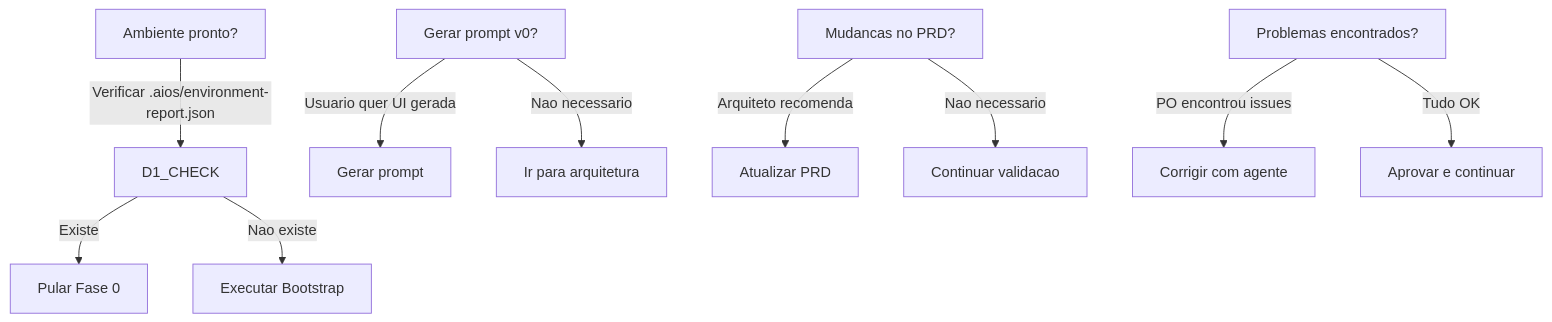
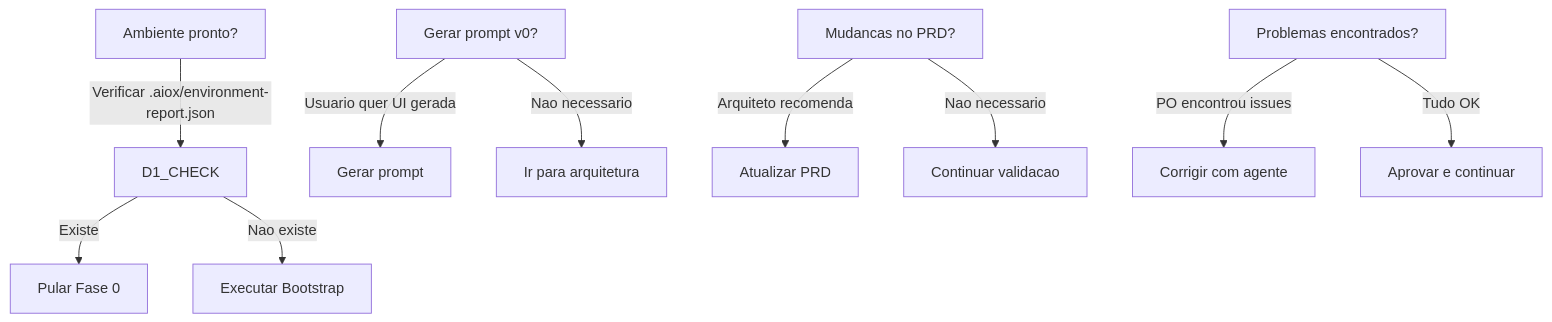
One commit to bychrisr/aios-docs changed the ninth of 9 diagrams in content/en/docs/guides/workflows/GREENFIELD-FULLSTACK-WORKFLOW.mdx. Above: the diagram before and after it, drawn with Mermaid. The commit also changed other lines of this file and 564 other files, not shown here.

````diff
--- a/content/en/docs/guides/workflows/GREENFIELD-FULLSTACK-WORKFLOW.mdx
+++ b/content/en/docs/guides/workflows/GREENFIELD-FULLSTACK-WORKFLOW.mdx
@@ -668,19 +668,19 @@
 ```mermaid
 flowchart TD
     D1[Ambiente pronto?]
-    D1 -->|Verificar .aios/environment-report.json| D1_CHECK
+    D1 -->|Verificar .aiox/environment-report.json| D1_CHECK
     D1_CHECK -->|Existe| SKIP[Pular Fase 0]
     D1_CHECK -->|Nao existe| RUN[Executar Bootstrap]
 
     D2[Gerar prompt v0?]
     D2 -->|Usuario quer UI gerada| D2_YES[Gerar prompt]
     D2 -->|Nao necessario| D2_NO[Ir para arquitetura]
 
     D3[Mudancas no PRD?]
     D3 -->|Arquiteto recomenda| D3_YES[Atualizar PRD]
     D3 -->|Nao necessario| D3_NO[Continuar validacao]
 
     D4[Problemas encontrados?]
     D4 -->|PO encontrou issues| D4_YES[Corrigir com agente]
     D4 -->|Tudo OK| D4_NO[Aprovar e continuar]
 ```
````
